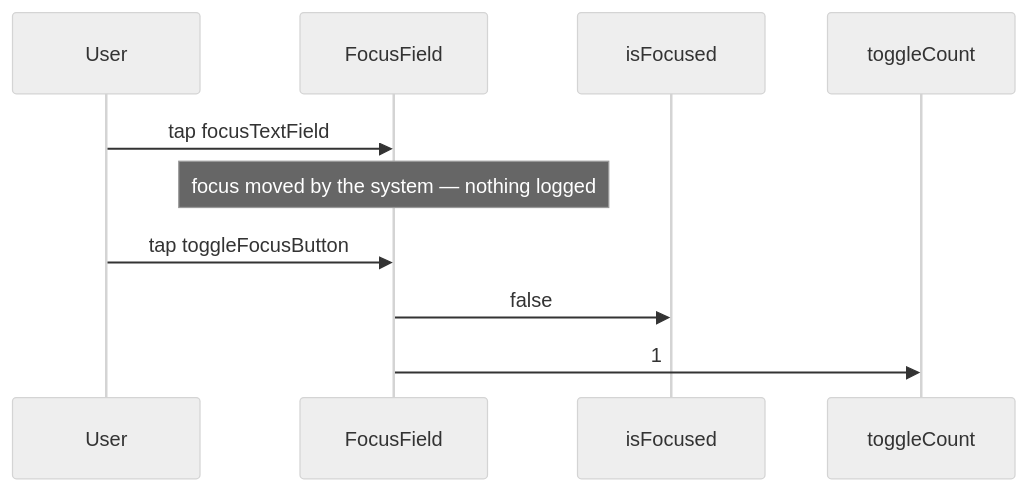
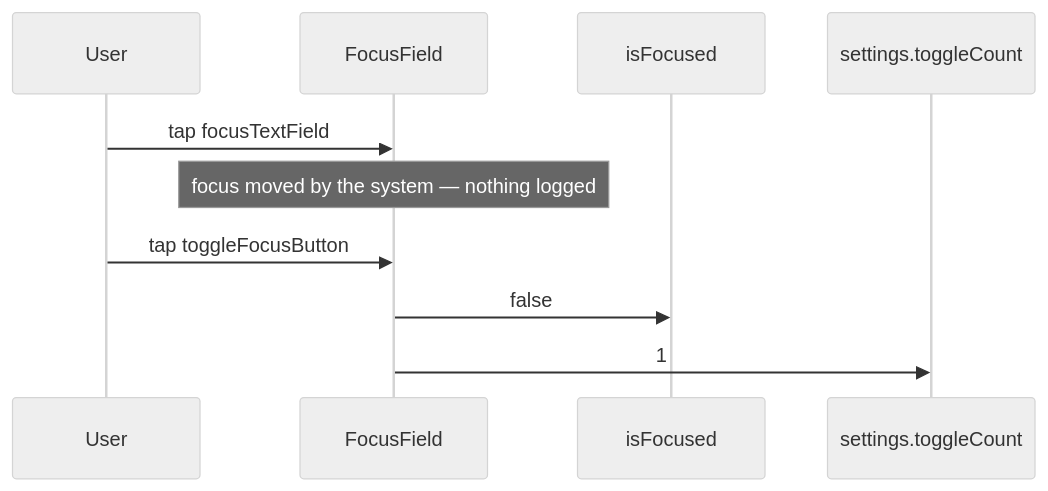
Before and after one commit to sisoje/hypermodular: the diagram in hypermodular/scripts/fixtures/broken/FocusField/MAP.md, drawn with Mermaid (neutral theme). The commit also changed 44 other files, not shown here.

````diff
--- a/hypermodular/scripts/fixtures/broken/FocusField/MAP.md
+++ b/hypermodular/scripts/fixtures/broken/FocusField/MAP.md
@@ -3,9 +3,9 @@
 ```mermaid
 %% Evidence: FocusField · Parent: Unmounted (../APP-MAP.md)
 sequenceDiagram
     User->>FocusField: tap focusTextField
     Note over FocusField: focus moved by the system — nothing logged
     User->>FocusField: tap toggleFocusButton
     FocusField->>isFocused: false
-    FocusField->>toggleCount: 1
+    FocusField->>settings.toggleCount: 1
 ```
````
